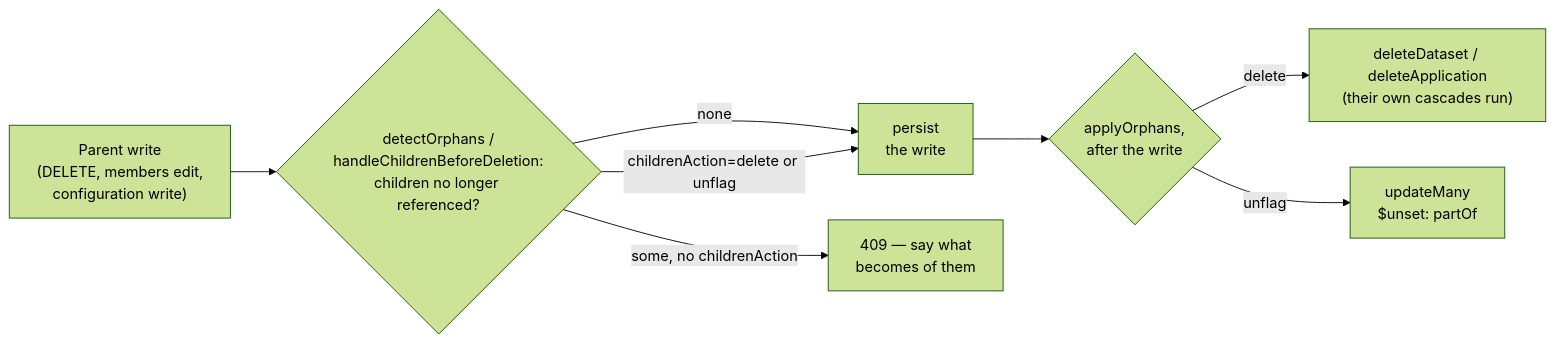
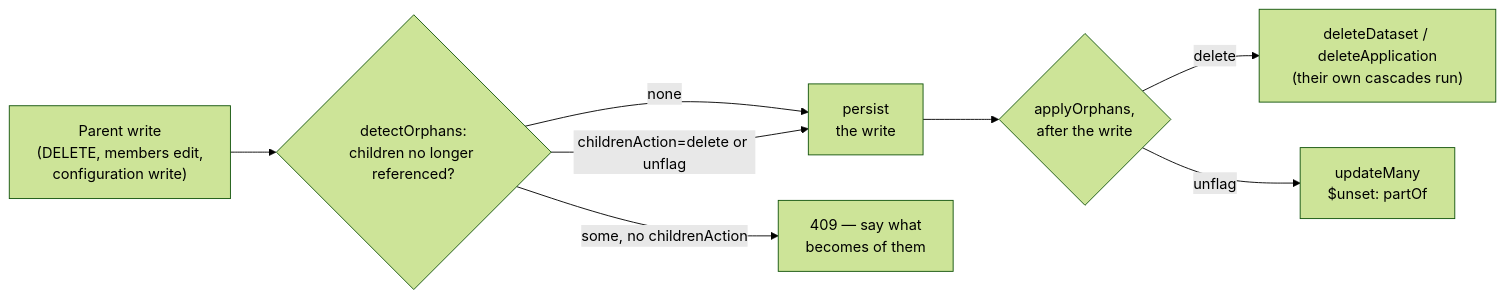
The third of 4 diagrams in docs/architecture/part-of.md (data-fair/data-fair), drawn with Mermaid (forest theme) before and after one commit. The commit also changed other lines of this file and 26 other files, not shown here.

````diff
--- a/docs/architecture/part-of.md
+++ b/docs/architecture/part-of.md
@@ -110,10 +110,10 @@
 ```mermaid
 flowchart LR
-    W["Parent write\n(DELETE, members edit,\nconfiguration write)"] --> D{"detectOrphans /\nhandleChildrenBeforeDeletion:\nchildren no longer referenced?"}
+    W["Parent write\n(DELETE, members edit,\nconfiguration write)"] --> D{"detectOrphans:\nchildren no longer referenced?"}
     D -->|none| Persist["persist\nthe write"]
     D -->|"some, no childrenAction"| R["409 — say what\nbecomes of them"]
     D -->|"childrenAction=delete or unflag"| Persist
     Persist --> Apply{"applyOrphans,\nafter the write"}
     Apply -->|delete| Del["deleteDataset / deleteApplication\n(their own cascades run)"]
     Apply -->|unflag| Un["updateMany\n$unset: partOf"]
 ```
````
